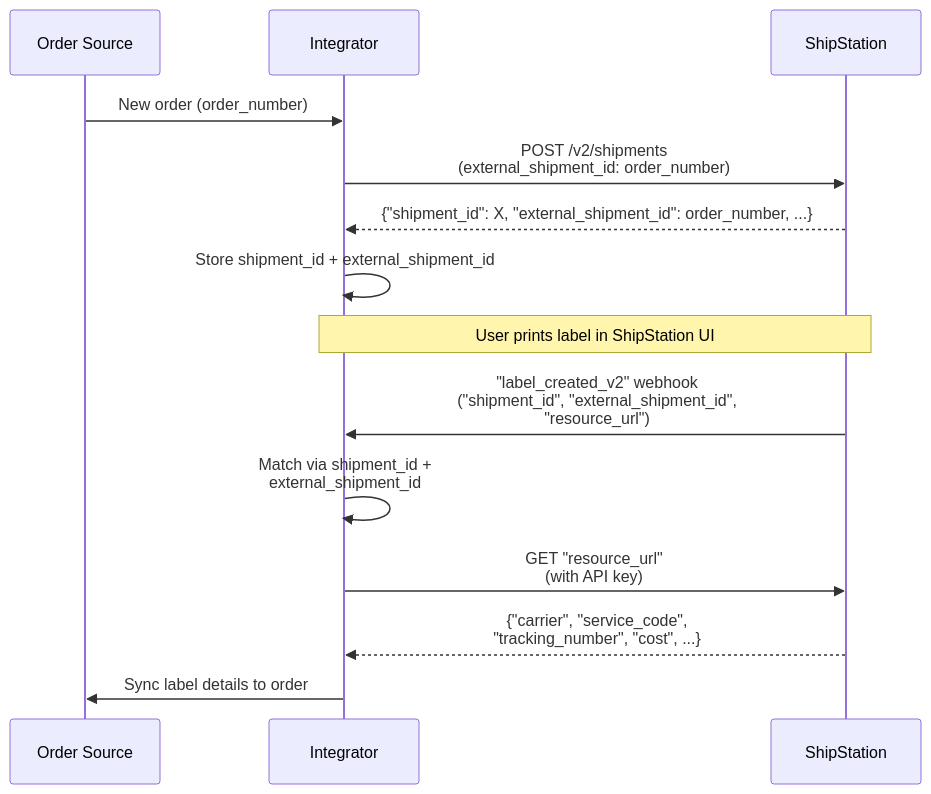
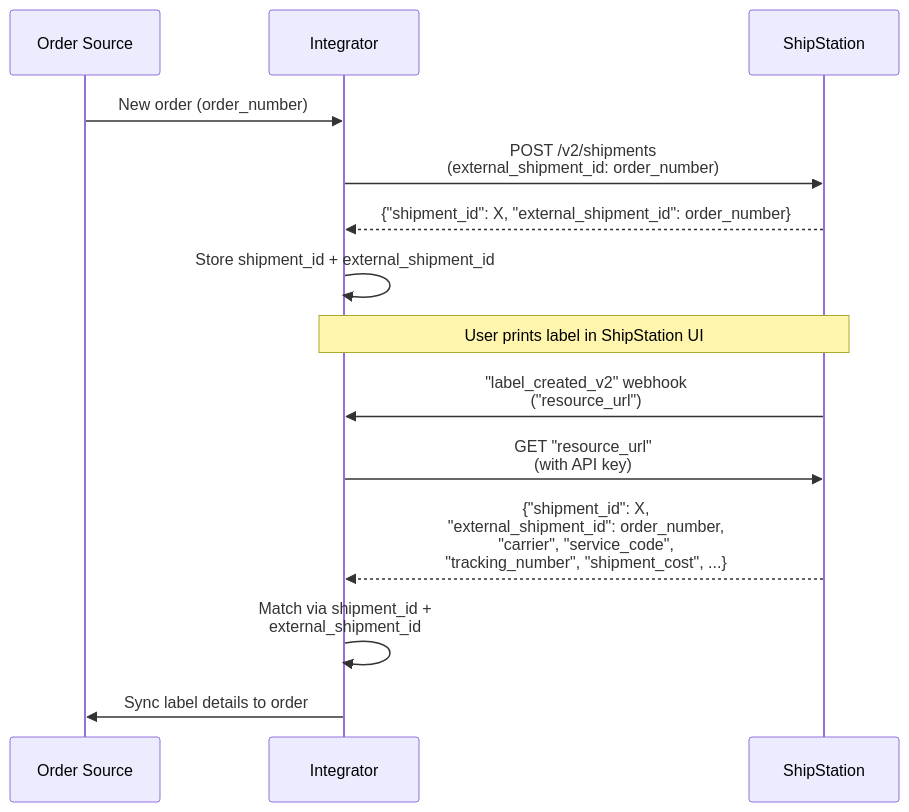
The diagram in patterns/order-creation-api-label-print-ui.md (pmcgee-personal/shipstation-integration-toolkit), drawn with Mermaid before and after one commit. The commit also changed other lines of this file, not shown here.

````diff
--- a/patterns/order-creation-api-label-print-ui.md
+++ b/patterns/order-creation-api-label-print-ui.md
@@ -9,20 +9,20 @@
 ```mermaid
 sequenceDiagram
     participant OrderSrc as Order Source
     participant Int as Integrator
     participant SS as ShipStation
 
     OrderSrc->>Int: New order (order_number)
     Int->>SS: POST /v2/shipments<br/>(external_shipment_id: order_number)
-    SS-->>Int: {"shipment_id": X, "external_shipment_id": order_number, ...}
+    SS-->>Int: {"shipment_id": X, "external_shipment_id": order_number}
     Int->>Int: Store shipment_id + external_shipment_id
 
     Note over Int,SS: User prints label in ShipStation UI
-    SS->>Int: "label_created_v2" webhook<br/>("shipment_id", "external_shipment_id",<br/>"resource_url")
+    SS->>Int: "label_created_v2" webhook<br/>("resource_url")
+
+    Int->>SS: GET "resource_url"<br/>(with API key)
+    SS-->>Int: {"shipment_id": X,<br/>"external_shipment_id": order_number,<br/>"carrier", "service_code",<br/>"tracking_number", "shipment_cost", ...}
 
     Int->>Int: Match via shipment_id +<br/>external_shipment_id
-    Int->>SS: GET "resource_url"<br/>(with API key)
-    SS-->>Int: {"carrier", "service_code",<br/>"tracking_number", "cost", ...}
-
     Int->>OrderSrc: Sync label details to order
 ```
````
